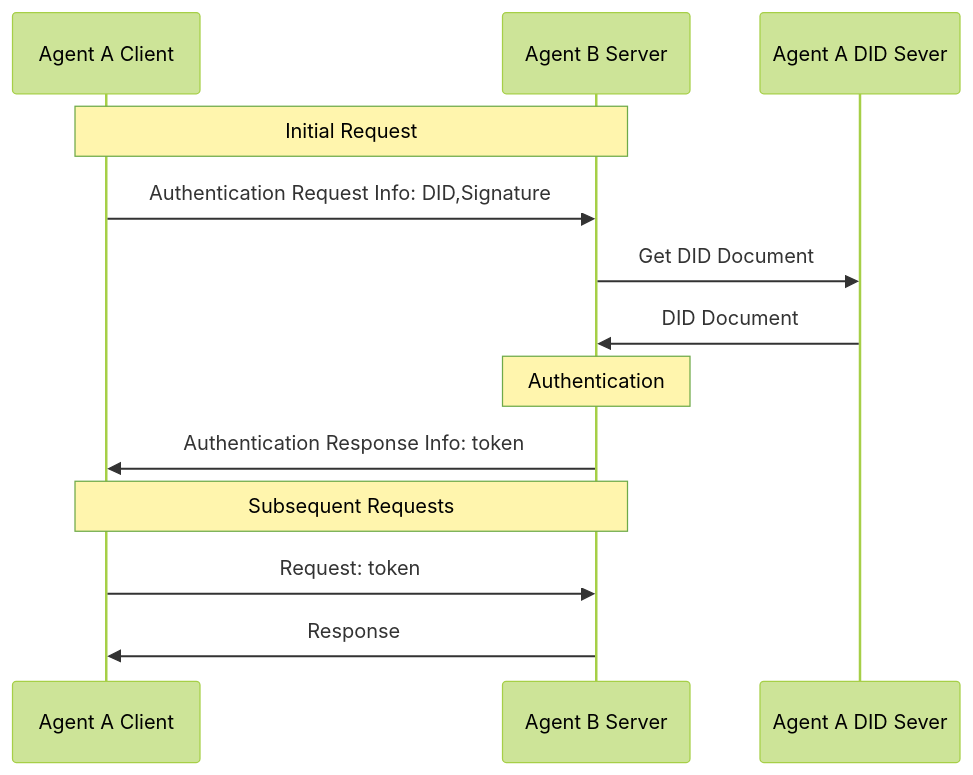
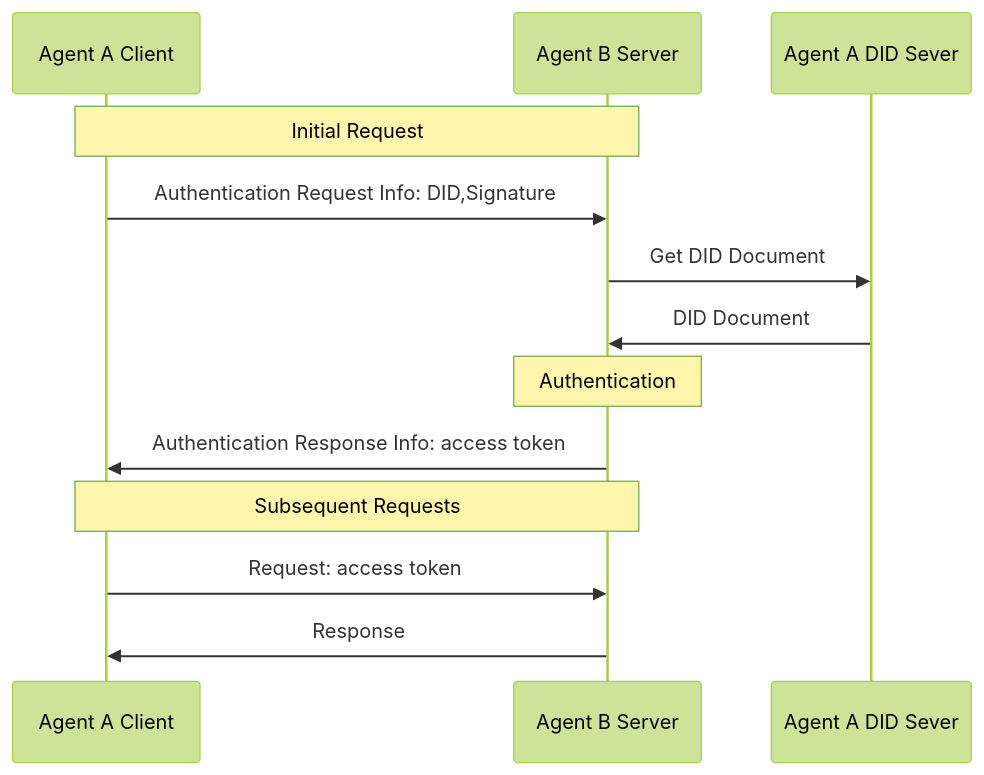
The second of 2 diagrams in 03-did:wba Method Design Specification.md (yumh1/AgentNetworkProtocol), drawn with Mermaid (forest theme) before and after one commit. The commit also changed other lines of this file and 1 other file, not shown here.

Commit message:
modify token to access token

````diff
--- a/03-did:wba Method Design Specification.md
+++ b/03-did:wba Method Design Specification.md
@@ -415,21 +415,21 @@
 ```mermaid
 sequenceDiagram
     participant Agent A Client
     participant Agent B Server 
     participant Agent A DID Sever
 
     Note over Agent A Client,Agent B Server: Initial Request
 
     Agent A Client->>Agent B Server: Authentication Request Info: DID,Signature
     Agent B Server->>Agent A DID Sever: Get DID Document
     Agent A DID Sever->>Agent B Server: DID Document
 
     Note over Agent B Server: Authentication
 
-    Agent B Server->>Agent A Client: Authentication Response Info: token
+    Agent B Server->>Agent A Client: Authentication Response Info: access token
 
     Note over Agent A Client, Agent B Server: Subsequent Requests
 
-    Agent A Client->>Agent B Server: Request: token
+    Agent A Client->>Agent B Server: Request: access token
     Agent B Server->>Agent A Client: Response
 ```
````
